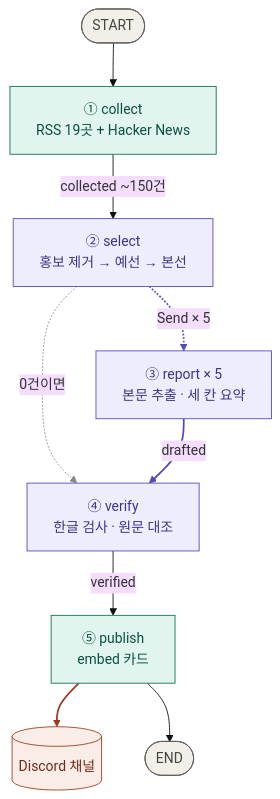
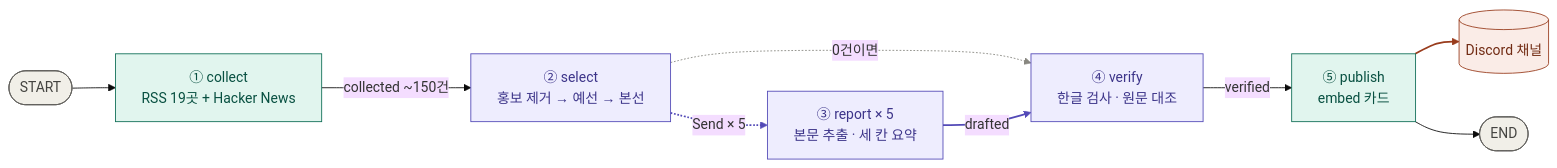
The diagram in README.md (rome777/newsletter-agent), drawn with Mermaid (base theme) before and after one commit.

Commit message:
README: 흐름 다이어그램을 가로 방향으로

````diff
--- a/README.md
+++ b/README.md
@@ -13,25 +13,25 @@
 ```mermaid
-flowchart TD
+flowchart LR
     S([START]) --> C["① collect<br/>RSS 19곳 + Hacker News"]
     C -->|collected ~150건| SE["② select<br/>홍보 제거 → 예선 → 본선"]
     SE -.->|Send × 5| R["③ report × 5<br/>본문 추출 · 세 칸 요약"]
     SE -.->|0건이면| V
     R -->|drafted| V["④ verify<br/>한글 검사 · 원문 대조"]
     V -->|verified| P["⑤ publish<br/>embed 카드"]
     P --> D[("Discord 채널")]
     P --> E([END])
 
     classDef llm fill:#EEEDFE,stroke:#534AB7,color:#3C3489
     classDef code fill:#E1F5EE,stroke:#0F6E56,color:#085041
     classDef out fill:#FAECE7,stroke:#993C1D,color:#712B13
     classDef term fill:#F1EFE8,stroke:#5F5E5A,color:#444441
     class SE,R,V llm
     class C,P code
     class D out
     class S,E term
 
     linkStyle 2 stroke:#534AB7,stroke-width:2px
     linkStyle 3 stroke:#888780
     linkStyle 4 stroke:#534AB7,stroke-width:2px
     linkStyle 6 stroke:#993C1D,stroke-width:2px
 ```
````
